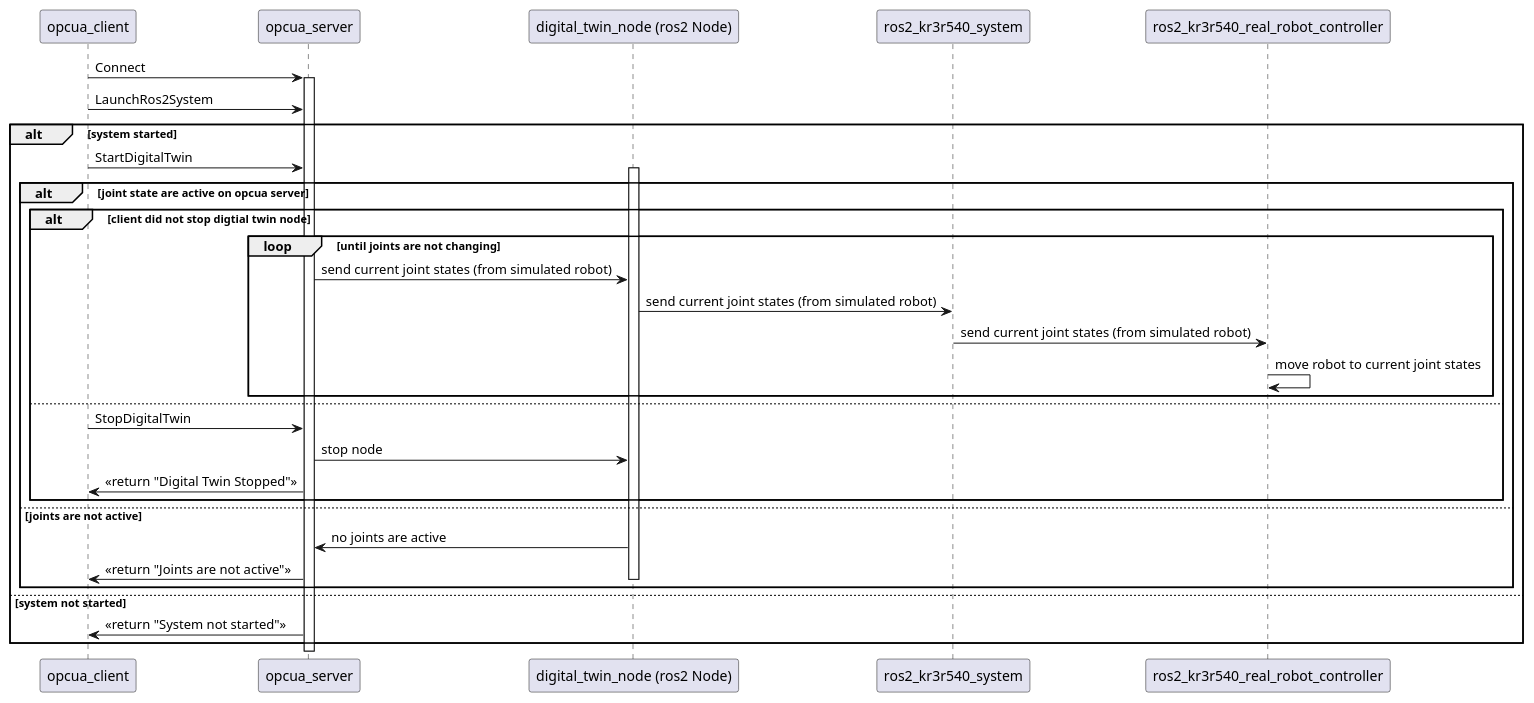
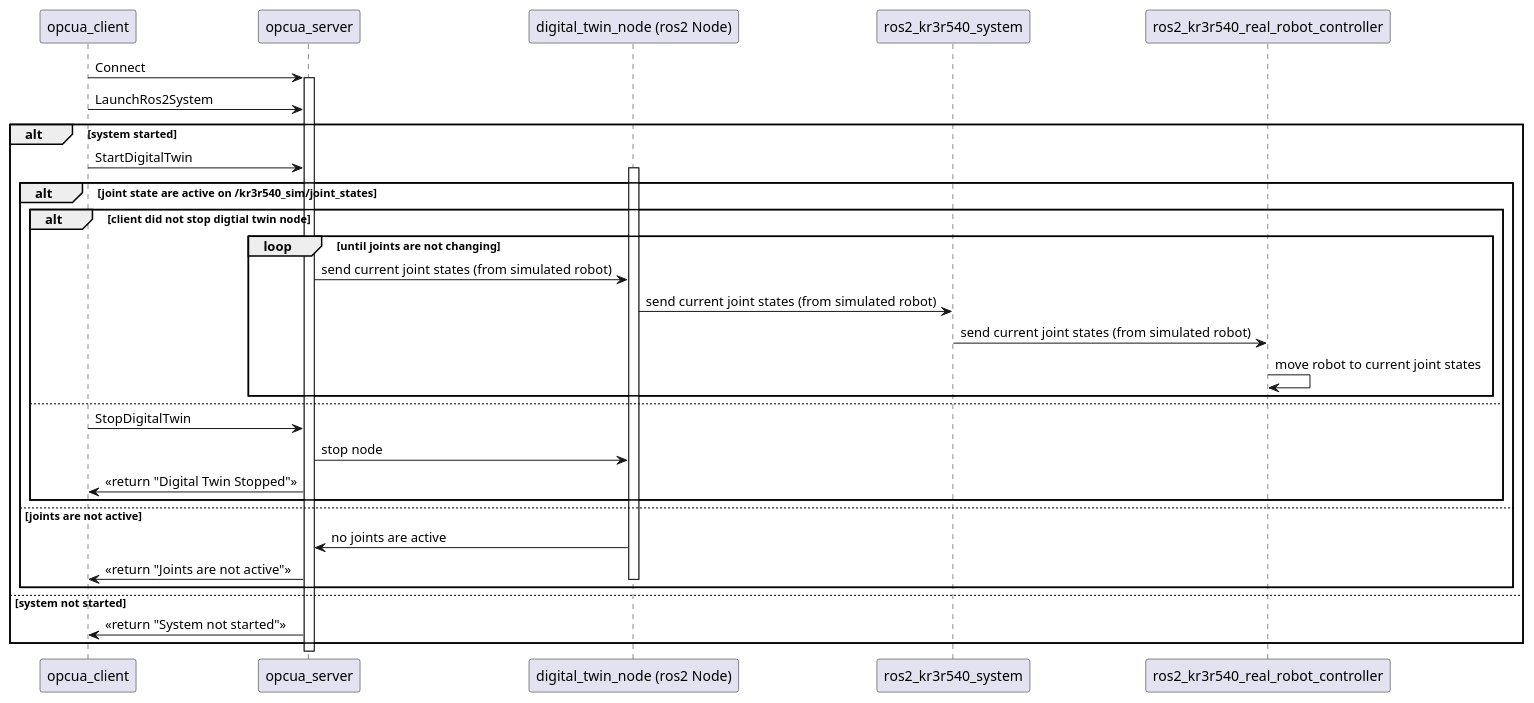
Before and after one commit to aialmohamed/MPA_KR3_Digital_Twin: the diagram in Software/UMLs/OPCUA_Server/Opcua_digital_twin_start.wsd, drawn with PlantUML. The commit also changed 7 other files, not shown here.

```diff
--- a/Software/UMLs/OPCUA_Server/Opcua_digital_twin_start.wsd
+++ b/Software/UMLs/OPCUA_Server/Opcua_digital_twin_start.wsd
@@ -1,39 +1,39 @@
 @startuml "Local Server Sequence Diagram - Start Digital Twin"
 
 participant "opcua_client" as opcua_client  order 1
 participant "opcua_server" as opcua_server order 2
 participant "digital_twin_node (ros2 Node)" as digital_twin_node order 3
 participant "ros2_kr3r540_system" as ros2_system order 4
 participant "ros2_kr3r540_real_robot_controller" as ros2_real_robot_controller order 5
 
 opcua_client -> opcua_server: Connect
 activate opcua_server
 opcua_client -> opcua_server: LaunchRos2System
 
 alt system started 
     opcua_client -> opcua_server: StartDigitalTwin
-    alt joint state are active on opcua server
+    alt joint state are active on /kr3r540_sim/joint_states
         activate digital_twin_node
         alt client did not stop digtial twin node
         loop until joints are not changing
         opcua_server -> digital_twin_node: send current joint states (from simulated robot)
         digital_twin_node -> ros2_system: send current joint states (from simulated robot)
         ros2_system -> ros2_real_robot_controller: send current joint states (from simulated robot)
         ros2_real_robot_controller -> ros2_real_robot_controller: move robot to current joint states
         end
         else 
         opcua_client -> opcua_server: StopDigitalTwin
         opcua_server -> digital_twin_node: stop node
         opcua_server -> opcua_client: << return "Digital Twin Stopped">>
         end
         else joints are not active
             digital_twin_node -> opcua_server: no joints are active
             opcua_server -> opcua_client: << return "Joints are not active">>
             deactivate digital_twin_node
         end
 else system not started
     opcua_server -> opcua_client: << return "System not started">>
 end
 
 
 @enduml
```
